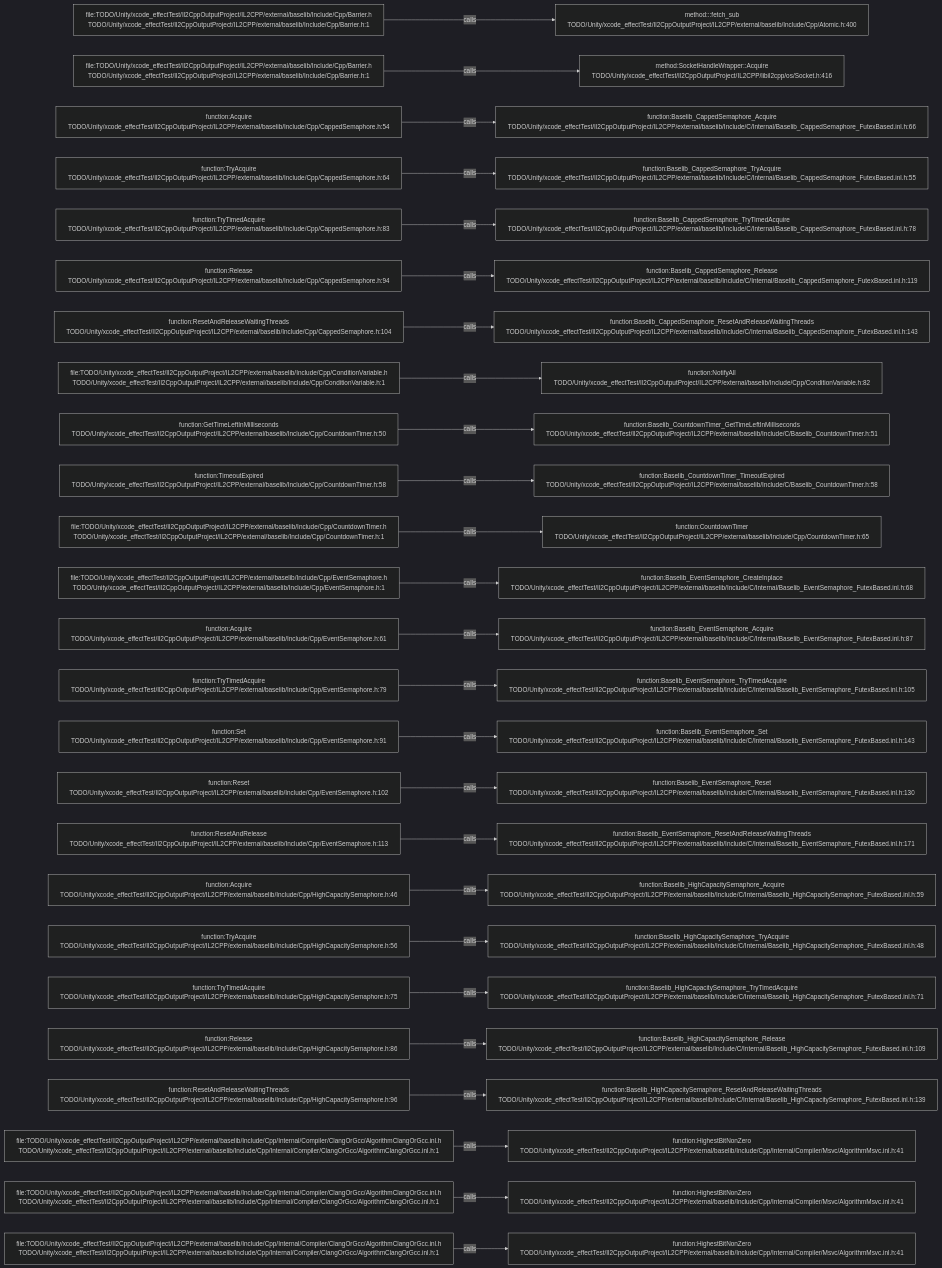
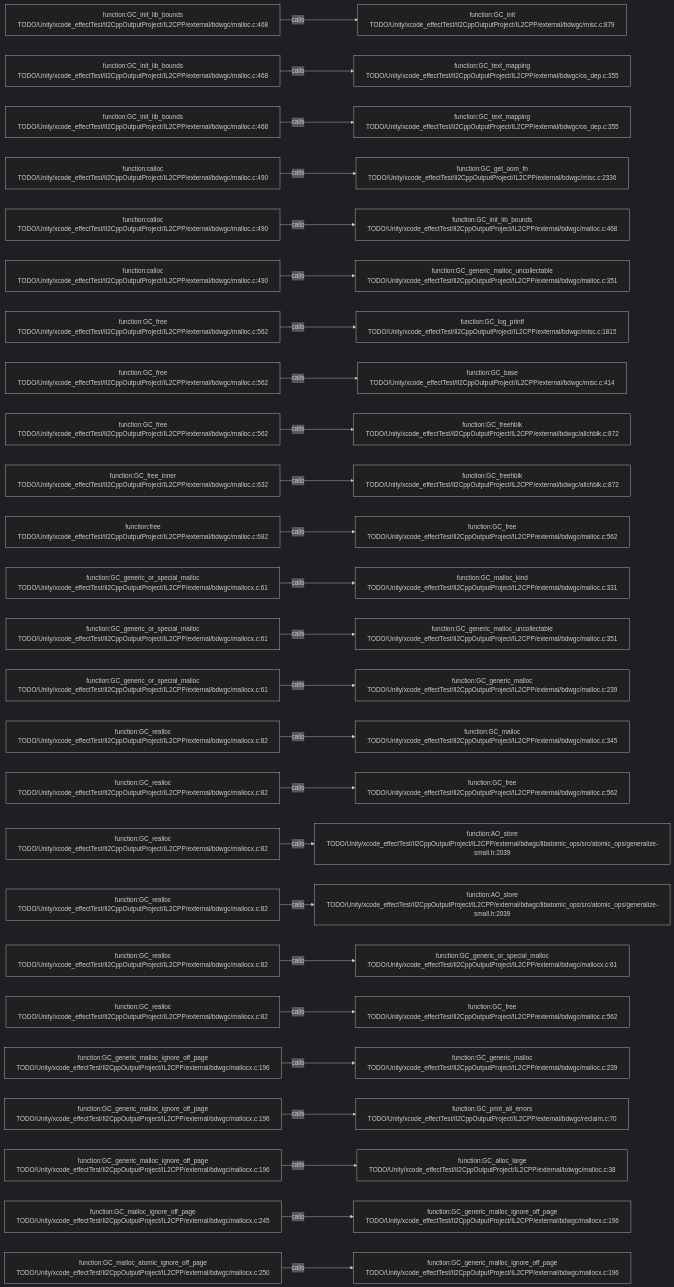
Before and after one commit to JobsKits/JobsSwiftBaseConfigDemo: the diagram in .codegraph/codegraph.md/graphs/calls-127.md, drawn with Mermaid (dark theme). The commit also changed 227 other files, not shown here.

````diff
--- a/.codegraph/codegraph.md/graphs/calls-127.md
+++ b/.codegraph/codegraph.md/graphs/calls-127.md
@@ -13,78 +13,78 @@
 ```mermaid
 flowchart LR
-  S1["file:TODO/Unity/xcode_effectTest/Il2CppOutputProject/IL2CPP/external/baselib/Include/Cpp/Barrier.h<br/>TODO/Unity/xcode_effectTest/Il2CppOutputProject/IL2CPP/external/baselib/Include/Cpp/Barrier.h:1"]
-  T1["method:<anonymous>::fetch_sub<br/>TODO/Unity/xcode_effectTest/Il2CppOutputProject/IL2CPP/external/baselib/Include/Cpp/Atomic.h:400"]
+  S1["function:GC_init_lib_bounds<br/>TODO/Unity/xcode_effectTest/Il2CppOutputProject/IL2CPP/external/bdwgc/malloc.c:468"]
+  T1["function:GC_init<br/>TODO/Unity/xcode_effectTest/Il2CppOutputProject/IL2CPP/external/bdwgc/misc.c:879"]
   S1 -->|calls| T1
-  S2["file:TODO/Unity/xcode_effectTest/Il2CppOutputProject/IL2CPP/external/baselib/Include/Cpp/Barrier.h<br/>TODO/Unity/xcode_effectTest/Il2CppOutputProject/IL2CPP/external/baselib/Include/Cpp/Barrier.h:1"]
-  T2["method:SocketHandleWrapper::Acquire<br/>TODO/Unity/xcode_effectTest/Il2CppOutputProject/IL2CPP/libil2cpp/os/Socket.h:416"]
+  S2["function:GC_init_lib_bounds<br/>TODO/Unity/xcode_effectTest/Il2CppOutputProject/IL2CPP/external/bdwgc/malloc.c:468"]
+  T2["function:GC_text_mapping<br/>TODO/Unity/xcode_effectTest/Il2CppOutputProject/IL2CPP/external/bdwgc/os_dep.c:355"]
   S2 -->|calls| T2
-  S3["function:Acquire<br/>TODO/Unity/xcode_effectTest/Il2CppOutputProject/IL2CPP/external/baselib/Include/Cpp/CappedSemaphore.h:54"]
-  T3["function:Baselib_CappedSemaphore_Acquire<br/>TODO/Unity/xcode_effectTest/Il2CppOutputProject/IL2CPP/external/baselib/Include/C/Internal/Baselib_CappedSemaphore_FutexBased.inl.h:66"]
+  S3["function:GC_init_lib_bounds<br/>TODO/Unity/xcode_effectTest/Il2CppOutputProject/IL2CPP/external/bdwgc/malloc.c:468"]
+  T3["function:GC_text_mapping<br/>TODO/Unity/xcode_effectTest/Il2CppOutputProject/IL2CPP/external/bdwgc/os_dep.c:355"]
   S3 -->|calls| T3
-  S4["function:TryAcquire<br/>TODO/Unity/xcode_effectTest/Il2CppOutputProject/IL2CPP/external/baselib/Include/Cpp/CappedSemaphore.h:64"]
-  T4["function:Baselib_CappedSemaphore_TryAcquire<br/>TODO/Unity/xcode_effectTest/Il2CppOutputProject/IL2CPP/external/baselib/Include/C/Internal/Baselib_CappedSemaphore_FutexBased.inl.h:55"]
+  S4["function:calloc<br/>TODO/Unity/xcode_effectTest/Il2CppOutputProject/IL2CPP/external/bdwgc/malloc.c:490"]
+  T4["function:GC_get_oom_fn<br/>TODO/Unity/xcode_effectTest/Il2CppOutputProject/IL2CPP/external/bdwgc/misc.c:2336"]
   S4 -->|calls| T4
-  S5["function:TryTimedAcquire<br/>TODO/Unity/xcode_effectTest/Il2CppOutputProject/IL2CPP/external/baselib/Include/Cpp/CappedSemaphore.h:83"]
-  T5["function:Baselib_CappedSemaphore_TryTimedAcquire<br/>TODO/Unity/xcode_effectTest/Il2CppOutputProject/IL2CPP/external/baselib/Include/C/Internal/Baselib_CappedSemaphore_FutexBased.inl.h:78"]
+  S5["function:calloc<br/>TODO/Unity/xcode_effectTest/Il2CppOutputProject/IL2CPP/external/bdwgc/malloc.c:490"]
+  T5["function:GC_init_lib_bounds<br/>TODO/Unity/xcode_effectTest/Il2CppOutputProject/IL2CPP/external/bdwgc/malloc.c:468"]
   S5 -->|calls| T5
-  S6["function:Release<br/>TODO/Unity/xcode_effectTest/Il2CppOutputProject/IL2CPP/external/baselib/Include/Cpp/CappedSemaphore.h:94"]
-  T6["function:Baselib_CappedSemaphore_Release<br/>TODO/Unity/xcode_effectTest/Il2CppOutputProject/IL2CPP/external/baselib/Include/C/Internal/Baselib_CappedSemaphore_FutexBased.inl.h:119"]
+  S6["function:calloc<br/>TODO/Unity/xcode_effectTest/Il2CppOutputProject/IL2CPP/external/bdwgc/malloc.c:490"]
+  T6["function:GC_generic_malloc_uncollectable<br/>TODO/Unity/xcode_effectTest/Il2CppOutputProject/IL2CPP/external/bdwgc/malloc.c:351"]
   S6 -->|calls| T6
-  S7["function:ResetAndReleaseWaitingThreads<br/>TODO/Unity/xcode_effectTest/Il2CppOutputProject/IL2CPP/external/baselib/Include/Cpp/CappedSemaphore.h:104"]
-  T7["function:Baselib_CappedSemaphore_ResetAndReleaseWaitingThreads<br/>TODO/Unity/xcode_effectTest/Il2CppOutputProject/IL2CPP/external/baselib/Include/C/Internal/Baselib_CappedSemaphore_FutexBased.inl.h:143"]
+  S7["function:GC_free<br/>TODO/Unity/xcode_effectTest/Il2CppOutputProject/IL2CPP/external/bdwgc/malloc.c:562"]
+  T7["function:GC_log_printf<br/>TODO/Unity/xcode_effectTest/Il2CppOutputProject/IL2CPP/external/bdwgc/misc.c:1815"]
   S7 -->|calls| T7
-  S8["file:TODO/Unity/xcode_effectTest/Il2CppOutputProject/IL2CPP/external/baselib/Include/Cpp/ConditionVariable.h<br/>TODO/Unity/xcode_effectTest/Il2CppOutputProject/IL2CPP/external/baselib/Include/Cpp/ConditionVariable.h:1"]
-  T8["function:NotifyAll<br/>TODO/Unity/xcode_effectTest/Il2CppOutputProject/IL2CPP/external/baselib/Include/Cpp/ConditionVariable.h:82"]
+  S8["function:GC_free<br/>TODO/Unity/xcode_effectTest/Il2CppOutputProject/IL2CPP/external/bdwgc/malloc.c:562"]
+  T8["function:GC_base<br/>TODO/Unity/xcode_effectTest/Il2CppOutputProject/IL2CPP/external/bdwgc/misc.c:414"]
   S8 -->|calls| T8
-  S9["function:GetTimeLeftInMilliseconds<br/>TODO/Unity/xcode_effectTest/Il2CppOutputProject/IL2CPP/external/baselib/Include/Cpp/CountdownTimer.h:50"]
-  T9["function:Baselib_CountdownTimer_GetTimeLeftInMilliseconds<br/>TODO/Unity/xcode_effectTest/Il2CppOutputProject/IL2CPP/external/baselib/Include/C/Baselib_CountdownTimer.h:51"]
+  S9["function:GC_free<br/>TODO/Unity/xcode_effectTest/Il2CppOutputProject/IL2CPP/external/bdwgc/malloc.c:562"]
+  T9["function:GC_freehblk<br/>TODO/Unity/xcode_effectTest/Il2CppOutputProject/IL2CPP/external/bdwgc/allchblk.c:872"]
   S9 -->|calls| T9
-  S10["function:TimeoutExpired<br/>TODO/Unity/xcode_effectTest/Il2CppOutputProject/IL2CPP/external/baselib/Include/Cpp/CountdownTimer.h:58"]
-  T10["function:Baselib_CountdownTimer_TimeoutExpired<br/>TODO/Unity/xcode_effectTest/Il2CppOutputProject/IL2CPP/external/baselib/Include/C/Baselib_CountdownTimer.h:58"]
+  S10["function:GC_free_inner<br/>TODO/Unity/xcode_effectTest/Il2CppOutputProject/IL2CPP/external/bdwgc/malloc.c:632"]
+  T10["function:GC_freehblk<br/>TODO/Unity/xcode_effectTest/Il2CppOutputProject/IL2CPP/external/bdwgc/allchblk.c:872"]
   S10 -->|calls| T10
-  S11["file:TODO/Unity/xcode_effectTest/Il2CppOutputProject/IL2CPP/external/baselib/Include/Cpp/CountdownTimer.h<br/>TODO/Unity/xcode_effectTest/Il2CppOutputProject/IL2CPP/external/baselib/Include/Cpp/CountdownTimer.h:1"]
-  T11["function:CountdownTimer<br/>TODO/Unity/xcode_effectTest/Il2CppOutputProject/IL2CPP/external/baselib/Include/Cpp/CountdownTimer.h:65"]
+  S11["function:free<br/>TODO/Unity/xcode_effectTest/Il2CppOutputProject/IL2CPP/external/bdwgc/malloc.c:682"]
+  T11["function:GC_free<br/>TODO/Unity/xcode_effectTest/Il2CppOutputProject/IL2CPP/external/bdwgc/malloc.c:562"]
   S11 -->|calls| T11
-  S12["file:TODO/Unity/xcode_effectTest/Il2CppOutputProject/IL2CPP/external/baselib/Include/Cpp/EventSemaphore.h<br/>TODO/Unity/xcode_effectTest/Il2CppOutputProject/IL2CPP/external/baselib/Include/Cpp/EventSemaphore.h:1"]
-  T12["function:Baselib_EventSemaphore_CreateInplace<br/>TODO/Unity/xcode_effectTest/Il2CppOutputProject/IL2CPP/external/baselib/Include/C/Internal/Baselib_EventSemaphore_FutexBased.inl.h:68"]
+  S12["function:GC_generic_or_special_malloc<br/>TODO/Unity/xcode_effectTest/Il2CppOutputProject/IL2CPP/external/bdwgc/mallocx.c:61"]
+  T12["function:GC_malloc_kind<br/>TODO/Unity/xcode_effectTest/Il2CppOutputProject/IL2CPP/external/bdwgc/malloc.c:331"]
   S12 -->|calls| T12
-  S13["function:Acquire<br/>TODO/Unity/xcode_effectTest/Il2CppOutputProject/IL2CPP/external/baselib/Include/Cpp/EventSemaphore.h:61"]
-  T13["function:Baselib_EventSemaphore_Acquire<br/>TODO/Unity/xcode_effectTest/Il2CppOutputProject/IL2CPP/external/baselib/Include/C/Internal/Baselib_EventSemaphore_FutexBased.inl.h:87"]
+  S13["function:GC_generic_or_special_malloc<br/>TODO/Unity/xcode_effectTest/Il2CppOutputProject/IL2CPP/external/bdwgc/mallocx.c:61"]
+  T13["function:GC_generic_malloc_uncollectable<br/>TODO/Unity/xcode_effectTest/Il2CppOutputProject/IL2CPP/external/bdwgc/malloc.c:351"]
   S13 -->|calls| T13
-  S14["function:TryTimedAcquire<br/>TODO/Unity/xcode_effectTest/Il2CppOutputProject/IL2CPP/external/baselib/Include/Cpp/EventSemaphore.h:79"]
-  T14["function:Baselib_EventSemaphore_TryTimedAcquire<br/>TODO/Unity/xcode_effectTest/Il2CppOutputProject/IL2CPP/external/baselib/Include/C/Internal/Baselib_EventSemaphore_FutexBased.inl.h:105"]
+  S14["function:GC_generic_or_special_malloc<br/>TODO/Unity/xcode_effectTest/Il2CppOutputProject/IL2CPP/external/bdwgc/mallocx.c:61"]
+  T14["function:GC_generic_malloc<br/>TODO/Unity/xcode_effectTest/Il2CppOutputProject/IL2CPP/external/bdwgc/malloc.c:239"]
   S14 -->|calls| T14
-  S15["function:Set<br/>TODO/Unity/xcode_effectTest/Il2CppOutputProject/IL2CPP/external/baselib/Include/Cpp/EventSemaphore.h:91"]
-  T15["function:Baselib_EventSemaphore_Set<br/>TODO/Unity/xcode_effectTest/Il2CppOutputProject/IL2CPP/external/baselib/Include/C/Internal/Baselib_EventSemaphore_FutexBased.inl.h:143"]
+  S15["function:GC_realloc<br/>TODO/Unity/xcode_effectTest/Il2CppOutputProject/IL2CPP/external/bdwgc/mallocx.c:82"]
+  T15["function:GC_malloc<br/>TODO/Unity/xcode_effectTest/Il2CppOutputProject/IL2CPP/external/bdwgc/malloc.c:345"]
   S15 -->|calls| T15
-  S16["function:Reset<br/>TODO/Unity/xcode_effectTest/Il2CppOutputProject/IL2CPP/external/baselib/Include/Cpp/EventSemaphore.h:102"]
-  T16["function:Baselib_EventSemaphore_Reset<br/>TODO/Unity/xcode_effectTest/Il2CppOutputProject/IL2CPP/external/baselib/Include/C/Internal/Baselib_EventSemaphore_FutexBased.inl.h:130"]
+  S16["function:GC_realloc<br/>TODO/Unity/xcode_effectTest/Il2CppOutputProject/IL2CPP/external/bdwgc/mallocx.c:82"]
+  T16["function:GC_free<br/>TODO/Unity/xcode_effectTest/Il2CppOutputProject/IL2CPP/external/bdwgc/malloc.c:562"]
   S16 -->|calls| T16
-  S17["function:ResetAndRelease<br/>TODO/Unity/xcode_effectTest/Il2CppOutputProject/IL2CPP/external/baselib/Include/Cpp/EventSemaphore.h:113"]
-  T17["function:Baselib_EventSemaphore_ResetAndReleaseWaitingThreads<br/>TODO/Unity/xcode_effectTest/Il2CppOutputProject/IL2CPP/external/baselib/Include/C/Internal/Baselib_EventSemaphore_FutexBased.inl.h:171"]
+  S17["function:GC_realloc<br/>TODO/Unity/xcode_effectTest/Il2CppOutputProject/IL2CPP/external/bdwgc/mallocx.c:82"]
+  T17["function:AO_store<br/>TODO/Unity/xcode_effectTest/Il2CppOutputProject/IL2CPP/external/bdwgc/libatomic_ops/src/atomic_ops/generalize-small.h:2039"]
   S17 -->|calls| T17
-  S18["function:Acquire<br/>TODO/Unity/xcode_effectTest/Il2CppOutputProject/IL2CPP/external/baselib/Include/Cpp/HighCapacitySemaphore.h:46"]
-  T18["function:Baselib_HighCapacitySemaphore_Acquire<br/>TODO/Unity/xcode_effectTest/Il2CppOutputProject/IL2CPP/external/baselib/Include/C/Internal/Baselib_HighCapacitySemaphore_FutexBased.inl.h:59"]
+  S18["function:GC_realloc<br/>TODO/Unity/xcode_effectTest/Il2CppOutputProject/IL2CPP/external/bdwgc/mallocx.c:82"]
+  T18["function:AO_store<br/>TODO/Unity/xcode_effectTest/Il2CppOutputProject/IL2CPP/external/bdwgc/libatomic_ops/src/atomic_ops/generalize-small.h:2039"]
   S18 -->|calls| T18
-  S19["function:TryAcquire<br/>TODO/Unity/xcode_effectTest/Il2CppOutputProject/IL2CPP/external/baselib/Include/Cpp/HighCapacitySemaphore.h:56"]
-  T19["function:Baselib_HighCapacitySemaphore_TryAcquire<br/>TODO/Unity/xcode_effectTest/Il2CppOutputProject/IL2CPP/external/baselib/Include/C/Internal/Baselib_HighCapacitySemaphore_FutexBased.inl.h:48"]
+  S19["function:GC_realloc<br/>TODO/Unity/xcode_effectTest/Il2CppOutputProject/IL2CPP/external/bdwgc/mallocx.c:82"]
+  T19["function:GC_generic_or_special_malloc<br/>TODO/Unity/xcode_effectTest/Il2CppOutputProject/IL2CPP/external/bdwgc/mallocx.c:61"]
   S19 -->|calls| T19
-  S20["function:TryTimedAcquire<br/>TODO/Unity/xcode_effectTest/Il2CppOutputProject/IL2CPP/external/baselib/Include/Cpp/HighCapacitySemaphore.h:75"]
-  T20["function:Baselib_HighCapacitySemaphore_TryTimedAcquire<br/>TODO/Unity/xcode_effectTest/Il2CppOutputProject/IL2CPP/external/baselib/Include/C/Internal/Baselib_HighCapacitySemaphore_FutexBased.inl.h:71"]
+  S20["function:GC_realloc<br/>TODO/Unity/xcode_effectTest/Il2CppOutputProject/IL2CPP/external/bdwgc/mallocx.c:82"]
+  T20["function:GC_free<br/>TODO/Unity/xcode_effectTest/Il2CppOutputProject/IL2CPP/external/bdwgc/malloc.c:562"]
   S20 -->|calls| T20
-  S21["function:Release<br/>TODO/Unity/xcode_effectTest/Il2CppOutputProject/IL2CPP/external/baselib/Include/Cpp/HighCapacitySemaphore.h:86"]
-  T21["function:Baselib_HighCapacitySemaphore_Release<br/>TODO/Unity/xcode_effectTest/Il2CppOutputProject/IL2CPP/external/baselib/Include/C/Internal/Baselib_HighCapacitySemaphore_FutexBased.inl.h:109"]
+  S21["function:GC_generic_malloc_ignore_off_page<br/>TODO/Unity/xcode_effectTest/Il2CppOutputProject/IL2CPP/external/bdwgc/mallocx.c:196"]
+  T21["function:GC_generic_malloc<br/>TODO/Unity/xcode_effectTest/Il2CppOutputProject/IL2CPP/external/bdwgc/malloc.c:239"]
   S21 -->|calls| T21
-  S22["function:ResetAndReleaseWaitingThreads<br/>TODO/Unity/xcode_effectTest/Il2CppOutputProject/IL2CPP/external/baselib/Include/Cpp/HighCapacitySemaphore.h:96"]
-  T22["function:Baselib_HighCapacitySemaphore_ResetAndReleaseWaitingThreads<br/>TODO/Unity/xcode_effectTest/Il2CppOutputProject/IL2CPP/external/baselib/Include/C/Internal/Baselib_HighCapacitySemaphore_FutexBased.inl.h:139"]
+  S22["function:GC_generic_malloc_ignore_off_page<br/>TODO/Unity/xcode_effectTest/Il2CppOutputProject/IL2CPP/external/bdwgc/mallocx.c:196"]
+  T22["function:GC_print_all_errors<br/>TODO/Unity/xcode_effectTest/Il2CppOutputProject/IL2CPP/external/bdwgc/reclaim.c:70"]
   S22 -->|calls| T22
-  S23["file:TODO/Unity/xcode_effectTest/Il2CppOutputProject/IL2CPP/external/baselib/Include/Cpp/Internal/Compiler/ClangOrGcc/AlgorithmClangOrGcc.inl.h<br/>TODO/Unity/xcode_effectTest/Il2CppOutputProject/IL2CPP/external/baselib/Include/Cpp/Internal/Compiler/ClangOrGcc/AlgorithmClangOrGcc.inl.h:1"]
-  T23["function:HighestBitNonZero<br/>TODO/Unity/xcode_effectTest/Il2CppOutputProject/IL2CPP/external/baselib/Include/Cpp/Internal/Compiler/Msvc/AlgorithmMsvc.inl.h:41"]
+  S23["function:GC_generic_malloc_ignore_off_page<br/>TODO/Unity/xcode_effectTest/Il2CppOutputProject/IL2CPP/external/bdwgc/mallocx.c:196"]
+  T23["function:GC_alloc_large<br/>TODO/Unity/xcode_effectTest/Il2CppOutputProject/IL2CPP/external/bdwgc/malloc.c:38"]
   S23 -->|calls| T23
-  S24["file:TODO/Unity/xcode_effectTest/Il2CppOutputProject/IL2CPP/external/baselib/Include/Cpp/Internal/Compiler/ClangOrGcc/AlgorithmClangOrGcc.inl.h<br/>TODO/Unity/xcode_effectTest/Il2CppOutputProject/IL2CPP/external/baselib/Include/Cpp/Internal/Compiler/ClangOrGcc/AlgorithmClangOrGcc.inl.h:1"]
-  T24["function:HighestBitNonZero<br/>TODO/Unity/xcode_effectTest/Il2CppOutputProject/IL2CPP/external/baselib/Include/Cpp/Internal/Compiler/Msvc/AlgorithmMsvc.inl.h:41"]
+  S24["function:GC_malloc_ignore_off_page<br/>TODO/Unity/xcode_effectTest/Il2CppOutputProject/IL2CPP/external/bdwgc/mallocx.c:245"]
+  T24["function:GC_generic_malloc_ignore_off_page<br/>TODO/Unity/xcode_effectTest/Il2CppOutputProject/IL2CPP/external/bdwgc/mallocx.c:196"]
   S24 -->|calls| T24
-  S25["file:TODO/Unity/xcode_effectTest/Il2CppOutputProject/IL2CPP/external/baselib/Include/Cpp/Internal/Compiler/ClangOrGcc/AlgorithmClangOrGcc.inl.h<br/>TODO/Unity/xcode_effectTest/Il2CppOutputProject/IL2CPP/external/baselib/Include/Cpp/Internal/Compiler/ClangOrGcc/AlgorithmClangOrGcc.inl.h:1"]
-  T25["function:HighestBitNonZero<br/>TODO/Unity/xcode_effectTest/Il2CppOutputProject/IL2CPP/external/baselib/Include/Cpp/Internal/Compiler/Msvc/AlgorithmMsvc.inl.h:41"]
+  S25["function:GC_malloc_atomic_ignore_off_page<br/>TODO/Unity/xcode_effectTest/Il2CppOutputProject/IL2CPP/external/bdwgc/mallocx.c:250"]
+  T25["function:GC_generic_malloc_ignore_off_page<br/>TODO/Unity/xcode_effectTest/Il2CppOutputProject/IL2CPP/external/bdwgc/mallocx.c:196"]
   S25 -->|calls| T25
 ```
````
